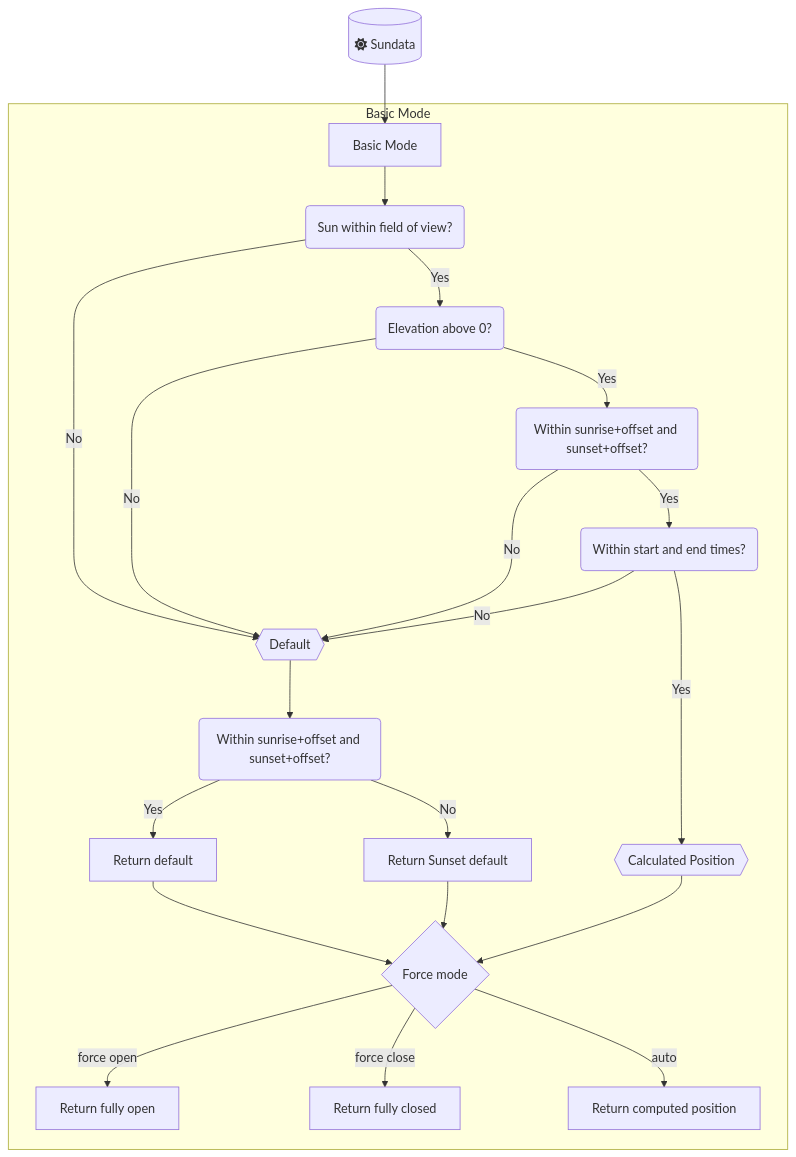
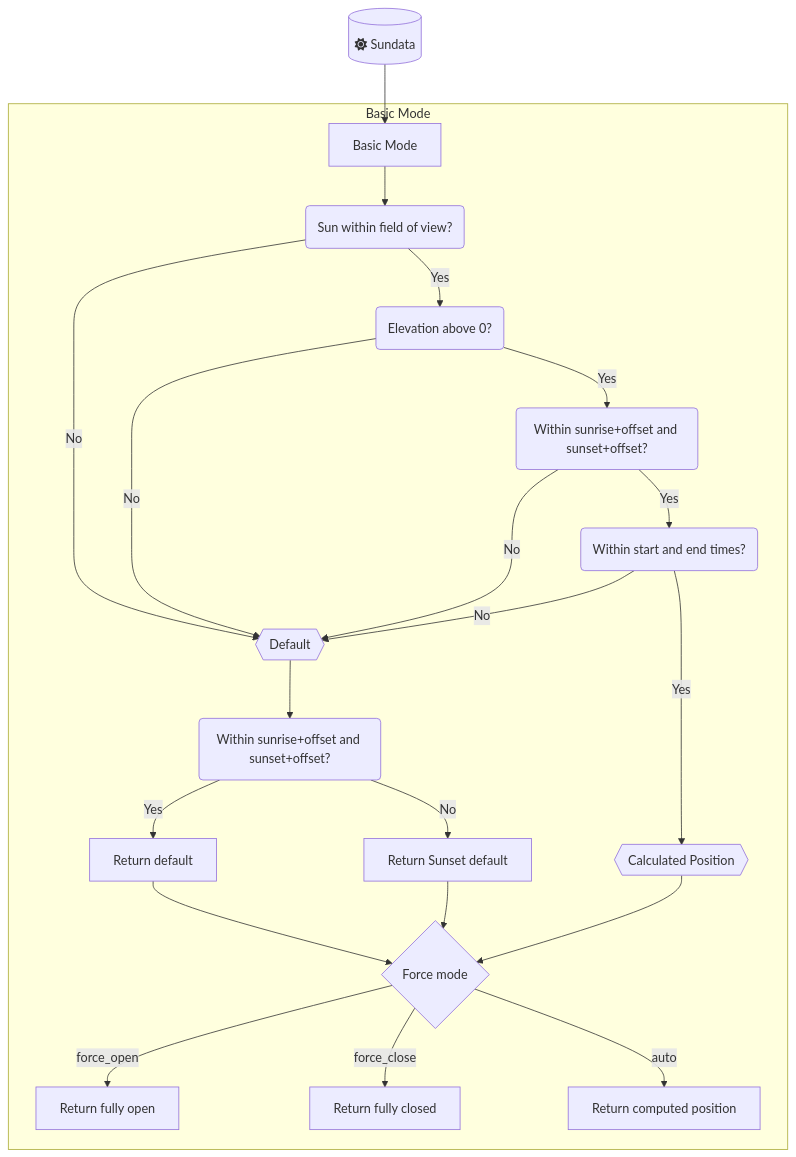
Before and after one commit to travisp/adaptive-cover: the diagram in README.md, drawn with Mermaid. The commit also changed other lines of this file and 5 other files, not shown here.

````diff
--- a/README.md
+++ b/README.md
@@ -82,29 +82,29 @@
 ```mermaid
   graph TD
 
   A[("fa:fa-sun Sundata")]
   A --> B["Basic Mode"]
   subgraph "Basic Mode"
       B --> BA("Sun within field of view?")
 
       BA --> |No| BC{{Default}}
       BC --> BD("Within sunrise+offset and sunset+offset?")
       BD --> |Yes| BE["Return default"]
       BD --> |No| BF["Return Sunset default"]
 
       BA --> |Yes| BG("Elevation above 0?")
       BG --> |No| BC
       BG --> |Yes| BH("Within sunrise+offset and sunset+offset?")
       BH --> |No| BC
       BH --> |Yes| BI("Within start and end times?")
       BI --> |No| BC
       BI --> |Yes| BJ{{"Calculated Position"}}
 
       BE --> BM{"Force mode"}
       BF --> BM
       BJ --> BM
-      BM --> |"force open"| BN["Return fully open"]
-      BM --> |"force close"| BO["Return fully closed"]
+      BM --> |"force_open"| BN["Return fully open"]
+      BM --> |"force_close"| BO["Return fully closed"]
       BM --> |auto| BP["Return computed position"]
   end
 ```
````
